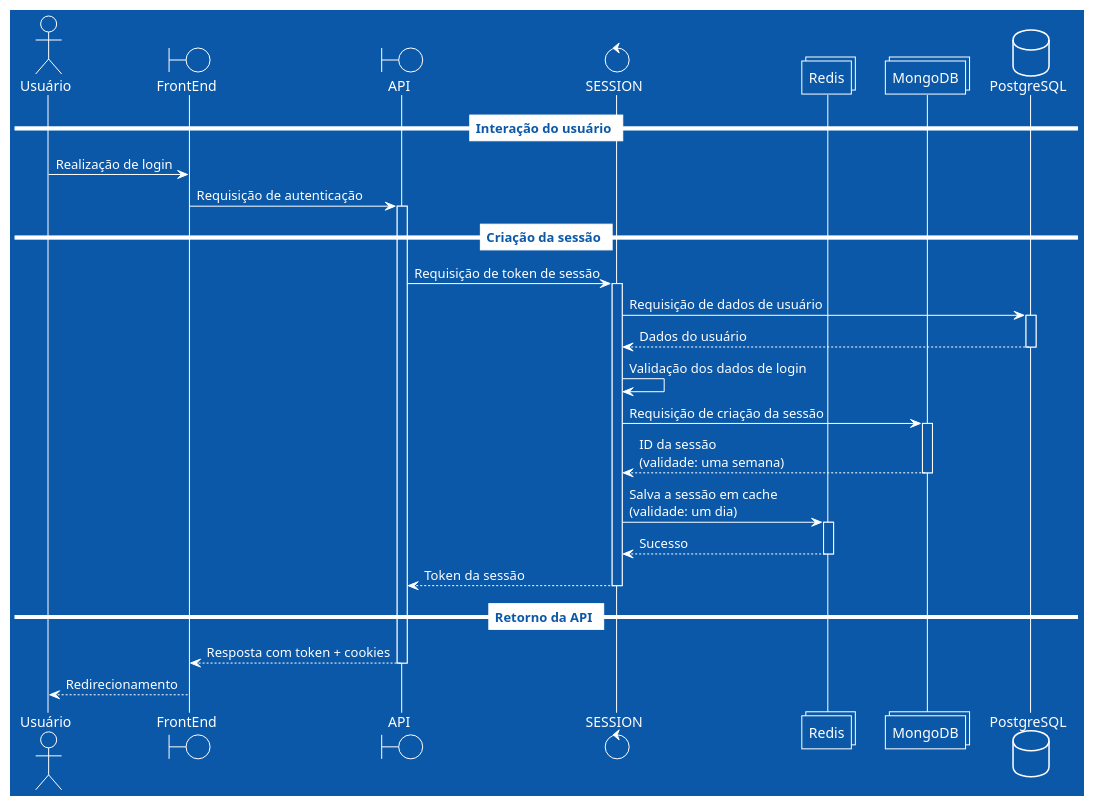
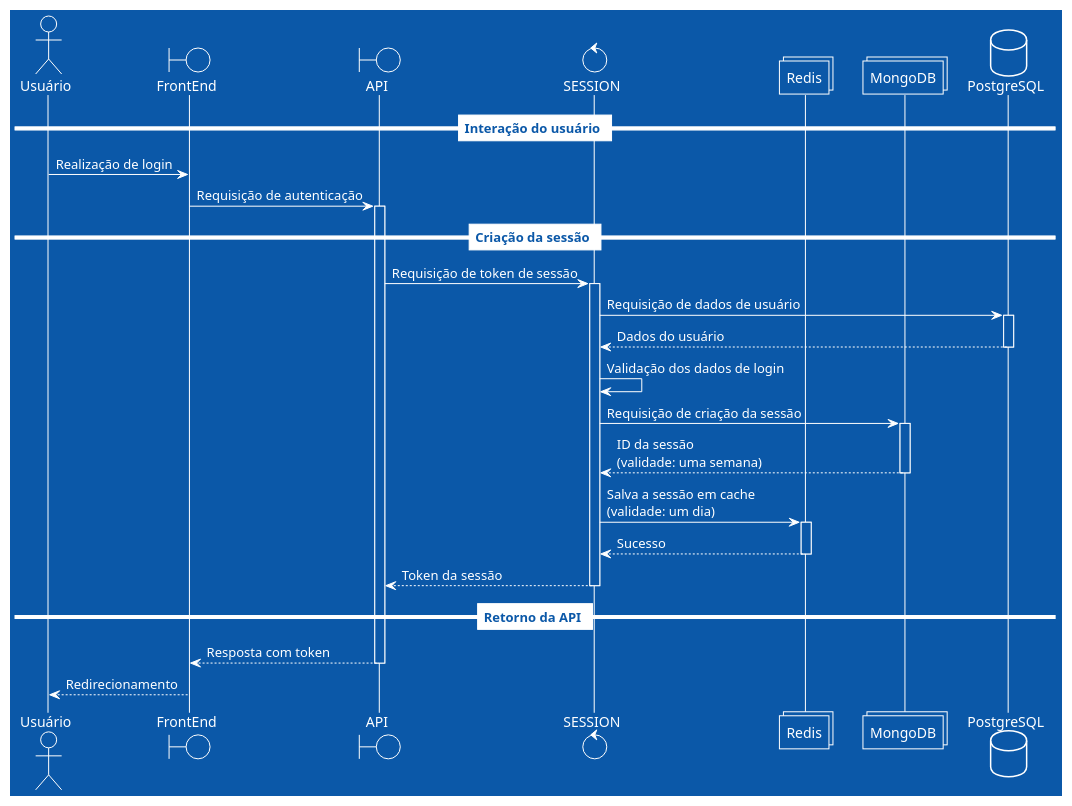
Before and after one commit to Minerva-System/minerva-system: the diagram in docs/src/diagramas/login.md, drawn with PlantUML. The commit also changed 1 other file, not shown here.

Commit message:
Remove mentions of cookies on diagrams

````diff
--- a/docs/src/diagramas/login.md
+++ b/docs/src/diagramas/login.md
@@ -5,45 +5,45 @@
 ```plantuml
 @startuml
 !theme amiga
 actor       Usuário    as ator
 boundary    FrontEnd   as frontend
 boundary    API        as api
 control     SESSION    as session
 collections Redis      as redis
 collections MongoDB    as mongo
 database    PostgreSQL as postgres
 
 == Interação do usuário ==
 
 ator     ->   frontend: Realização de login
 frontend ->   api:      Requisição de autenticação
 activate api
 
 == Criação da sessão ==
 
 api      ->   session:  Requisição de token de sessão
 activate session
 session  ->   postgres: Requisição de dados de usuário
 activate postgres
 session  <--  postgres: Dados do usuário
 deactivate postgres
 session  ->   session:  Validação dos dados de login
 session  ->   mongo:    Requisição de criação da sessão
 activate mongo
 session  <--  mongo:    ID da sessão\n(validade: uma semana)
 deactivate mongo
 session  ->   redis:    Salva a sessão em cache\n(validade: um dia)
 activate redis
 session  <--  redis:    Sucesso
 deactivate redis
 api      <--  session:  Token da sessão
 deactivate session
 
 == Retorno da API ==
 
-frontend <--  api:      Resposta com token + cookies
+frontend <--  api:      Resposta com token
 deactivate api
 ator     <--  frontend: Redirecionamento
 
 @enduml
 ```
````
